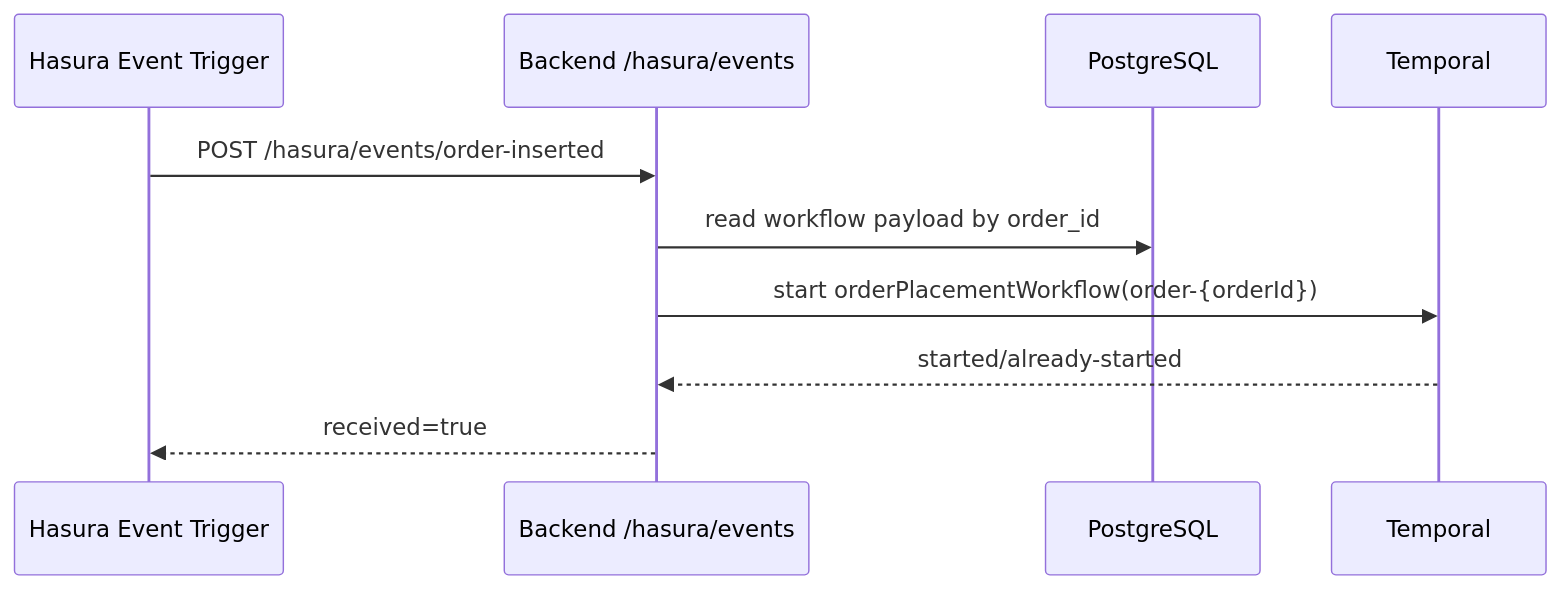
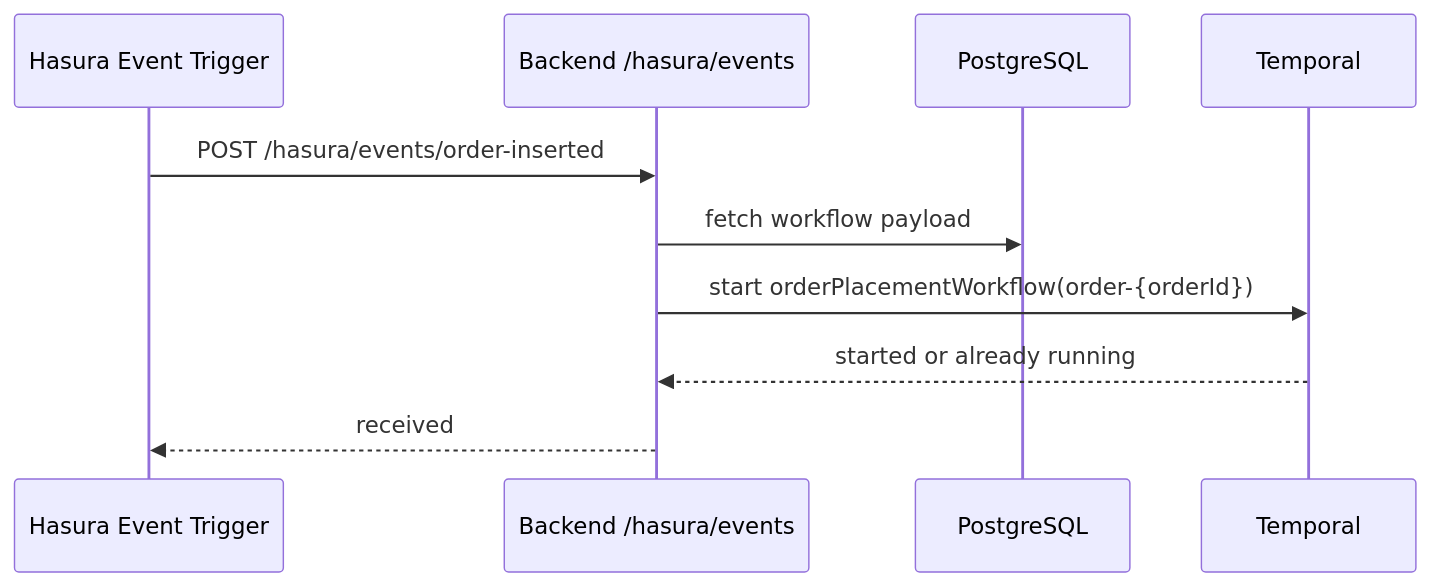
The fourth of 7 diagrams in SEQUENCE_DIAGRAMS.md (007abishek/react-frontend), drawn with Mermaid before and after one commit. The commit also changed other lines of this file and 24 other files, not shown here.

````diff
--- a/SEQUENCE_DIAGRAMS.md
+++ b/SEQUENCE_DIAGRAMS.md
@@ -79,13 +77,13 @@
 ```mermaid
 sequenceDiagram
   participant H as Hasura Event Trigger
   participant BE as Backend /hasura/events
   participant DB as PostgreSQL
   participant T as Temporal
 
   H->>BE: POST /hasura/events/order-inserted
-  BE->>DB: read workflow payload by order_id
+  BE->>DB: fetch workflow payload
   BE->>T: start orderPlacementWorkflow(order-{orderId})
-  T-->>BE: started/already-started
-  BE-->>H: received=true
+  T-->>BE: started or already running
+  BE-->>H: received
 ```
````
